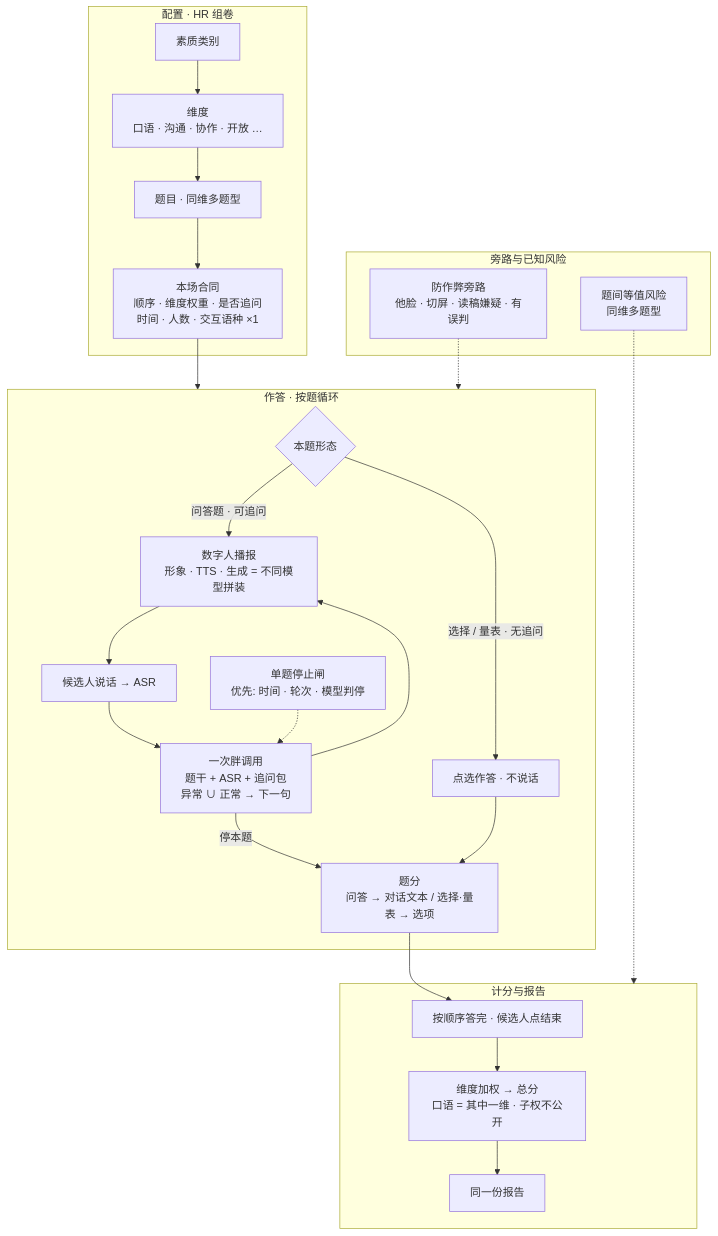
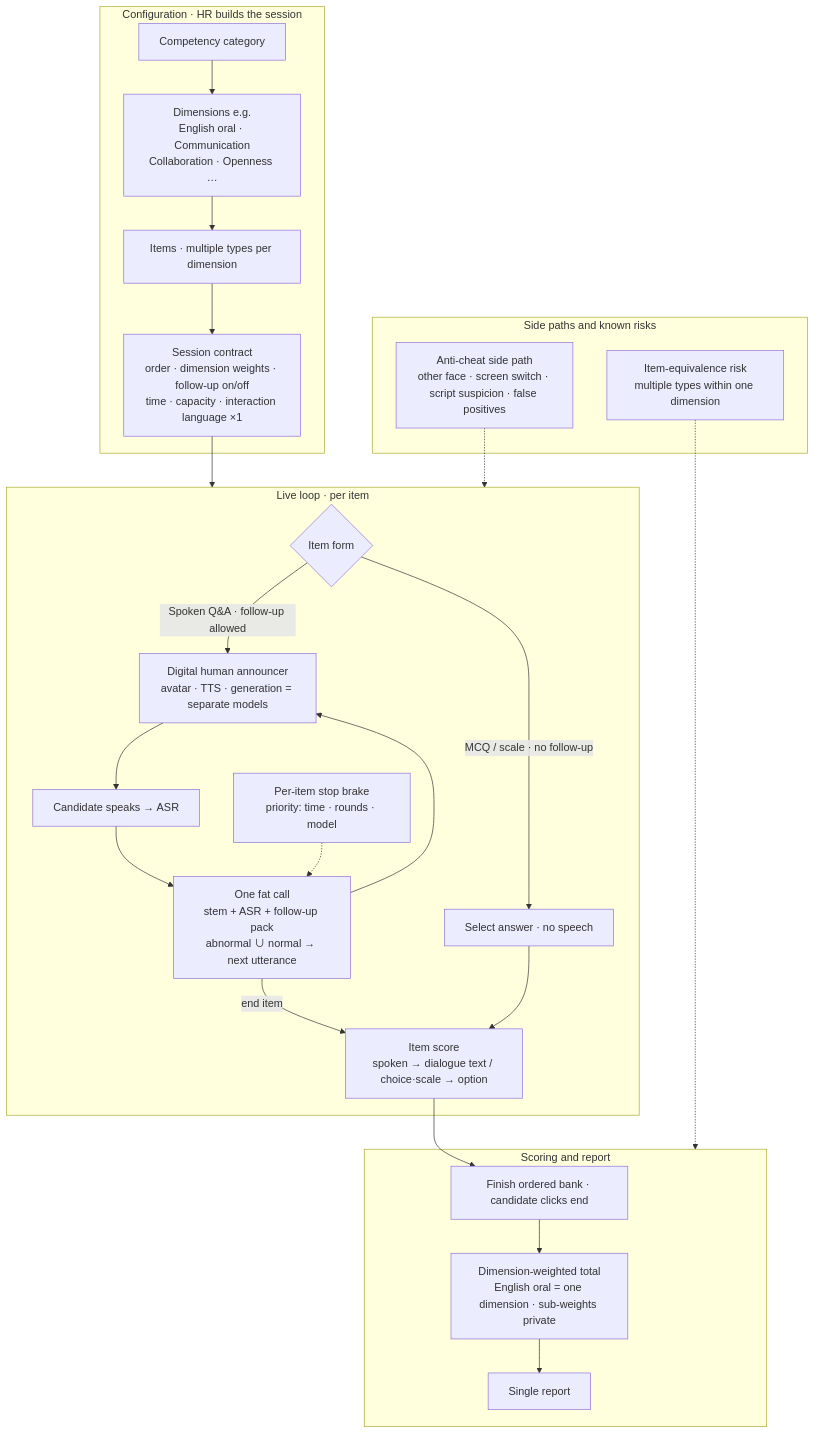
One commit to yuanlin-82/yuanlin-82 changed the diagram in docs/system-map.md. Above: the diagram before and after it, drawn with Mermaid. The commit also changed other lines of this file, not shown here.

Commit message:
Use English labels on the session system map.
Clarify dimension examples (English oral, communication, …) and keep one Chinese gloss in prose.

````diff
--- a/docs/system-map.md
+++ b/docs/system-map.md
@@ -18,36 +18,36 @@
 ```mermaid
 flowchart TB
-  subgraph CFG["配置 · HR 组卷"]
-    Cat[素质类别] --> Dim[维度<br/>口语 · 沟通 · 协作 · 开放 …]
-    Dim --> Items[题目 · 同维多题型]
-    Items --> Contract[本场合同<br/>顺序 · 维度权重 · 是否追问<br/>时间 · 人数 · 交互语种 ×1]
+  subgraph CFG["Configuration · HR builds the session"]
+    Cat[Competency category] --> Dim[Dimensions e.g.<br/>English oral · Communication<br/>Collaboration · Openness …]
+    Dim --> Items[Items · multiple types per dimension]
+    Items --> Contract[Session contract<br/>order · dimension weights · follow-up on/off<br/>time · capacity · interaction language ×1]
   end
 
-  subgraph LIVE["作答 · 按题循环"]
-    Branch{本题形态}
-    Branch -->|问答题 · 可追问| Speak[数字人播报<br/>形象 · TTS · 生成 = 不同模型拼装]
-    Speak --> ASR[候选人说话 → ASR]
-    ASR --> Fat[一次胖调用<br/>题干 + ASR + 追问包<br/>异常 ∪ 正常 → 下一句]
+  subgraph LIVE["Live loop · per item"]
+    Branch{Item form}
+    Branch -->|Spoken Q&A · follow-up allowed| Speak[Digital human announcer<br/>avatar · TTS · generation = separate models]
+    Speak --> ASR[Candidate speaks → ASR]
+    ASR --> Fat[One fat call<br/>stem + ASR + follow-up pack<br/>abnormal ∪ normal → next utterance]
     Fat --> Speak
-    Stop[单题停止闸<br/>优先: 时间 · 轮次 · 模型判停] -.-> Fat
-    Branch -->|选择 / 量表 · 无追问| Silent[点选作答 · 不说话]
-    Fat -->|停本题| ItemScore
+    Stop[Per-item stop brake<br/>priority: time · rounds · model] -.-> Fat
+    Branch -->|MCQ / scale · no follow-up| Silent[Select answer · no speech]
+    Fat -->|end item| ItemScore
     Silent --> ItemScore
   end
 
-  subgraph SCORE["计分与报告"]
-    ItemScore[题分<br/>问答 → 对话文本 / 选择·量表 → 选项]
-    ItemScore --> Done[按顺序答完 · 候选人点结束]
-    Done --> Total[维度加权 → 总分<br/>口语 = 其中一维 · 子权不公开]
-    Total --> Report[同一份报告]
+  subgraph SCORE["Scoring and report"]
+    ItemScore[Item score<br/>spoken → dialogue text / choice·scale → option]
+    ItemScore --> Done[Finish ordered bank · candidate clicks end]
+    Done --> Total[Dimension-weighted total<br/>English oral = one dimension · sub-weights private]
+    Total --> Report[Single report]
   end
 
-  subgraph SIDE["旁路与已知风险"]
-    Cheat[防作弊旁路<br/>他脸 · 切屏 · 读稿嫌疑 · 有误判]
-    Eq[题间等值风险<br/>同维多题型]
+  subgraph SIDE["Side paths and known risks"]
+    Cheat[Anti-cheat side path<br/>other face · screen switch · script suspicion · false positives]
+    Eq[Item-equivalence risk<br/>multiple types within one dimension]
   end
 
   Contract --> LIVE
   Cheat -.-> LIVE
   Eq -.-> SCORE
 ```
````
